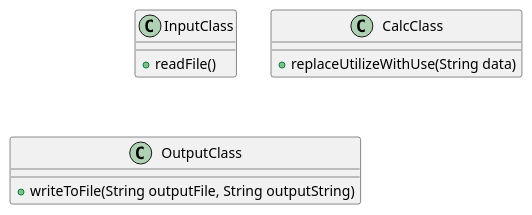
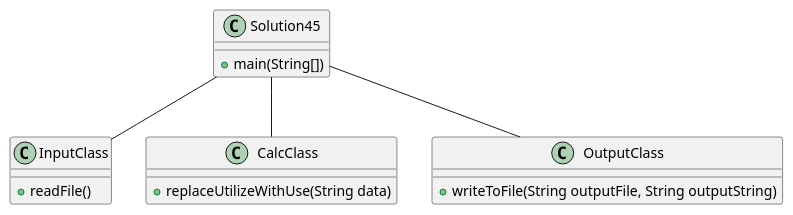
One commit to BlakeLoch/lochmandy-a04 changed the diagram in exercise45/docs/Class Diagram.puml. Above: the diagram before and after it, drawn with PlantUML. The commit also changed 11 other files, not shown here.

Commit message:
Adjust Class Diagrams

```diff
--- a/exercise45/docs/Class Diagram.puml
+++ b/exercise45/docs/Class Diagram.puml
@@ -1,16 +1,24 @@
 @startuml
 
 class InputClass {
   +readFile()
 }
 
 class CalcClass {
   +replaceUtilizeWithUse(String data)
 }
 
 
 class OutputClass {
   +writeToFile(String outputFile, String outputString)
 }
 
+class Solution45 {
++main(String[])
+}
+
+Solution45 -- InputClass
+Solution45 -- CalcClass
+Solution45 -- OutputClass
+
 @enduml
```
